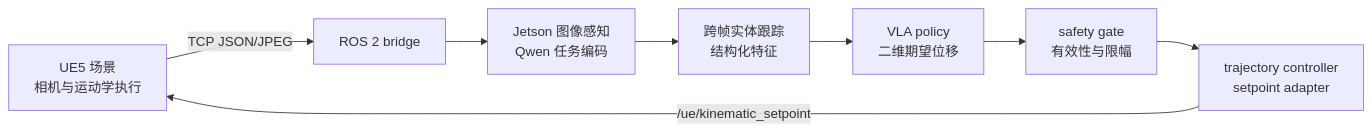
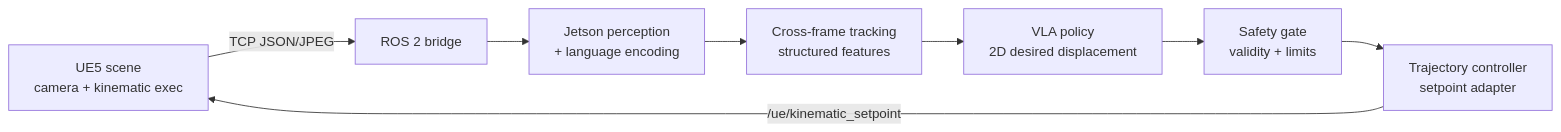
One commit to EnjunLiu/asv-hil-platform changed the diagram in README.md. Above: the diagram before and after it, drawn with Mermaid. The commit also changed other lines of this file, not shown here.

````diff
--- a/README.md
+++ b/README.md
@@ -20,10 +20,10 @@
 ```mermaid
 flowchart LR
-  UE["UE5 场景\n相机与运动学执行"] -->|TCP JSON/JPEG| B["ROS 2 bridge"]
-  B --> P["Jetson 图像感知\nQwen 任务编码"]
-  P --> T["跨帧实体跟踪\n结构化特征"]
-  T --> V["VLA policy\n二维期望位移"]
-  V --> G["safety gate\n有效性与限幅"]
-  G --> C["trajectory controller\nsetpoint adapter"]
+  UE["UE5 scene\ncamera + kinematic exec"] -->|TCP JSON/JPEG| B["ROS 2 bridge"]
+  B --> P["Jetson perception\n+ language encoding"]
+  P --> T["Cross-frame tracking\nstructured features"]
+  T --> V["VLA policy\n2D desired displacement"]
+  V --> G["Safety gate\nvalidity + limits"]
+  G --> C["Trajectory controller\nsetpoint adapter"]
   C -->|/ue/kinematic_setpoint| UE
 ```
````
